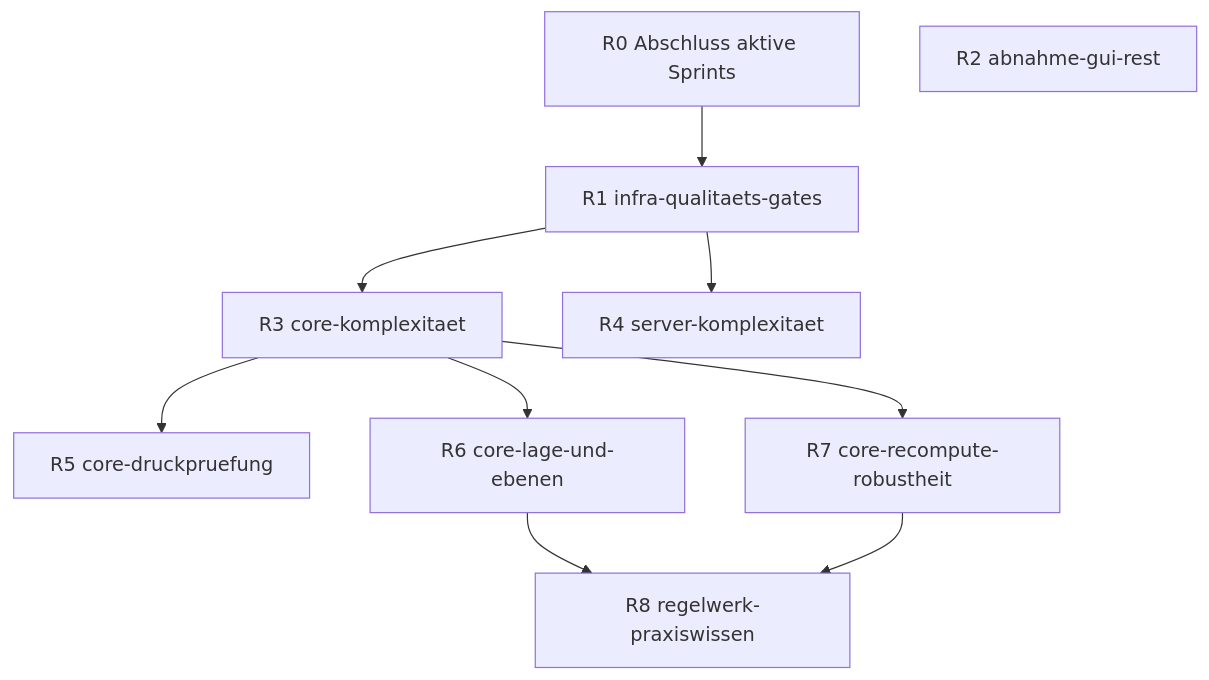
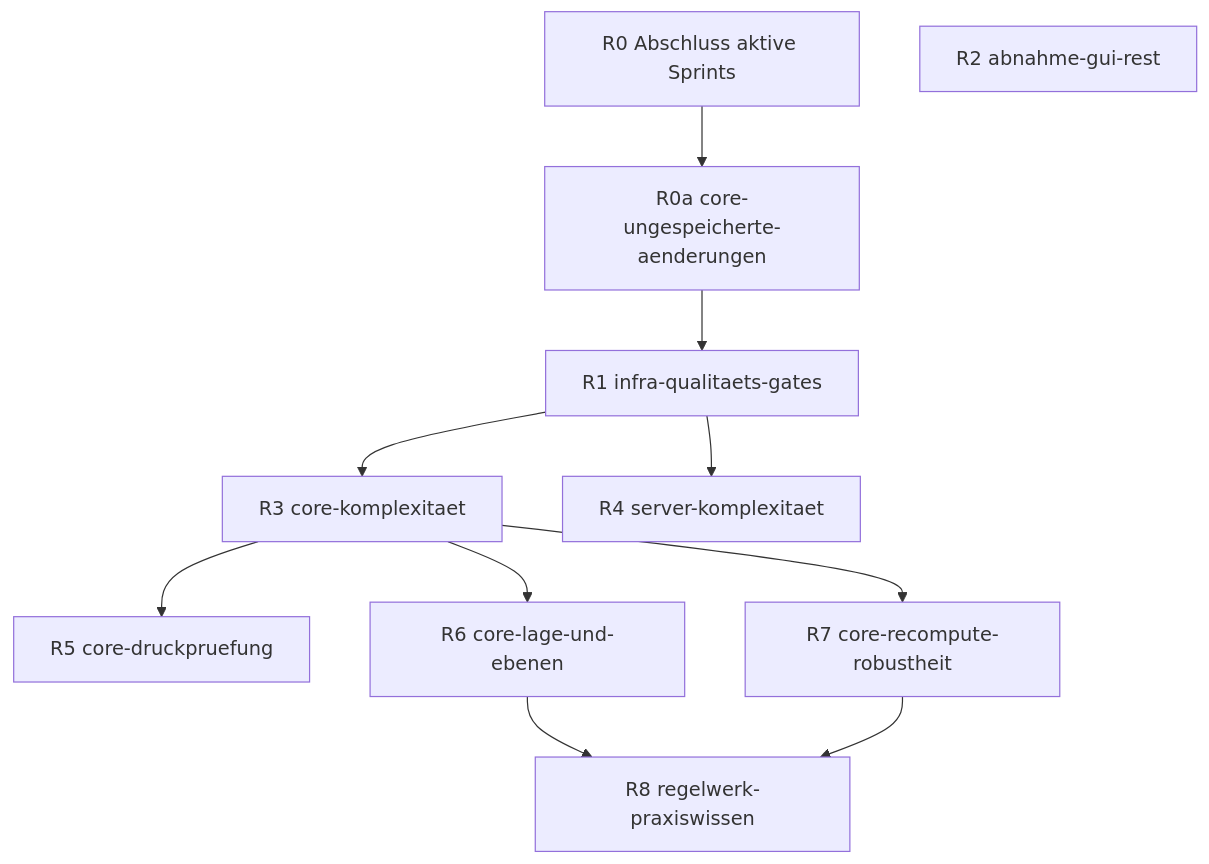
Before and after one commit to Tenvan/freecad-buddy: the diagram in TODOs/roadmap.md, drawn with Mermaid. The commit also changed other lines of this file and 20 other files, not shown here.

````diff
--- a/TODOs/roadmap.md
+++ b/TODOs/roadmap.md
@@ -57,12 +57,13 @@
 ```mermaid
 graph TD
-    R0[R0 Abschluss aktive Sprints] --> R1[R1 infra-qualitaets-gates]
+    R0[R0 Abschluss aktive Sprints] --> R0a[R0a core-ungespeicherte-aenderungen]
+    R0a --> R1[R1 infra-qualitaets-gates]
     R1 --> R3[R3 core-komplexitaet]
     R1 --> R4[R4 server-komplexitaet]
     R3 --> R5[R5 core-druckpruefung]
     R3 --> R6[R6 core-lage-und-ebenen]
     R3 --> R7[R7 core-recompute-robustheit]
     R6 --> R8[R8 regelwerk-praxiswissen]
     R7 --> R8
     R2[R2 abnahme-gui-rest]
 ```
````
